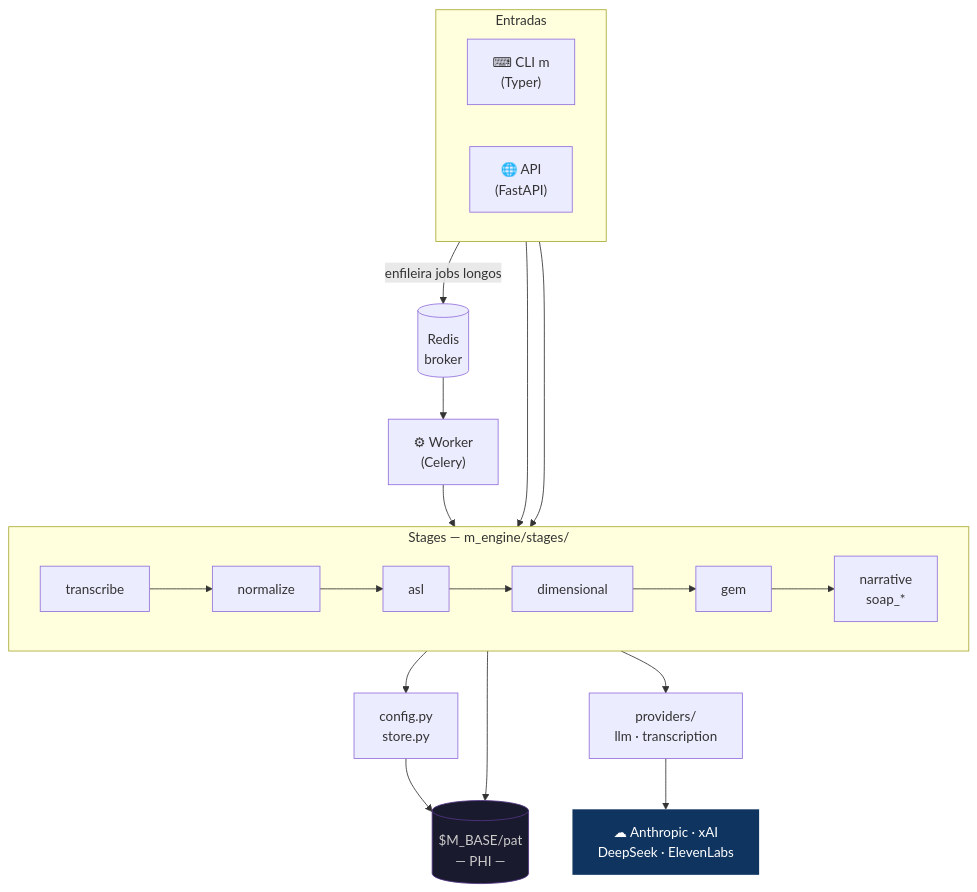
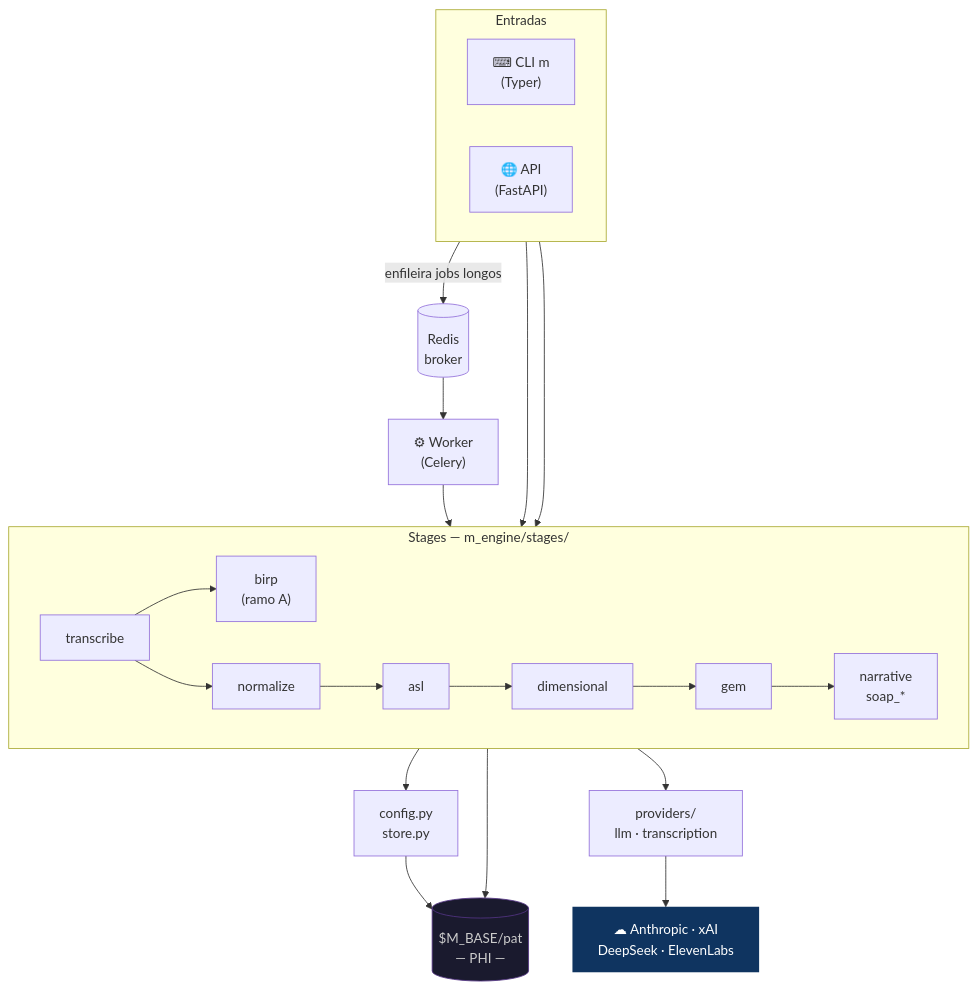
One commit to myselfgus/m changed the fourth of 5 diagrams in README.md. Above: the diagram before and after it, drawn with Mermaid. The commit also changed other lines of this file and 16 other files, not shown here.

````diff
--- a/README.md
+++ b/README.md
@@ -77,30 +167,31 @@
 ```mermaid
 flowchart TB
     subgraph entrypoints["Entradas"]
         direction LR
         CLI["⌨ CLI m\n(Typer)"]
         API["🌐 API\n(FastAPI)"]
     end
 
     API -->|enfileira jobs longos| Q[(Redis\nbroker)]
     Q --> W["⚙ Worker\n(Celery)"]
 
     CLI --> STAGES
     API --> STAGES
     W --> STAGES
 
     subgraph STAGES["Stages — m_engine/stages/"]
         direction LR
-        S1[transcribe] --> S2[normalize] --> S3[asl] --> S4[dimensional] --> S5[gem] --> S6["narrative\nsoap_*"]
+        S1[transcribe] --> SB["birp\n(ramo A)"]
+        S1 --> S2[normalize] --> S3[asl] --> S4[dimensional] --> S5[gem] --> S6["narrative\nsoap_*"]
     end
 
     STAGES --> CFG["config.py\nstore.py"]
     STAGES --> PROV["providers/\nllm · transcription"]
 
     PROV --> EXT["☁ Anthropic · xAI\nDeepSeek · ElevenLabs"]
     CFG --> FS[("$M_BASE/pat\n— PHI —")]
     STAGES --> FS
 
     style FS fill:#1a1a2e,color:#ccc,stroke:#533483
     style EXT fill:#0f3460,color:#fff,stroke:none
 ```
````
